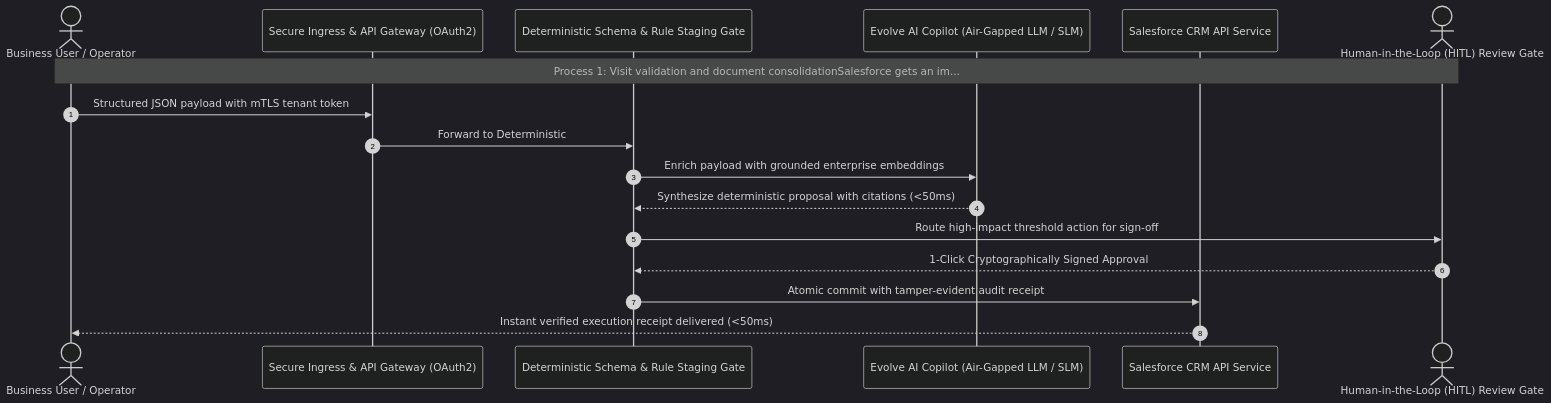
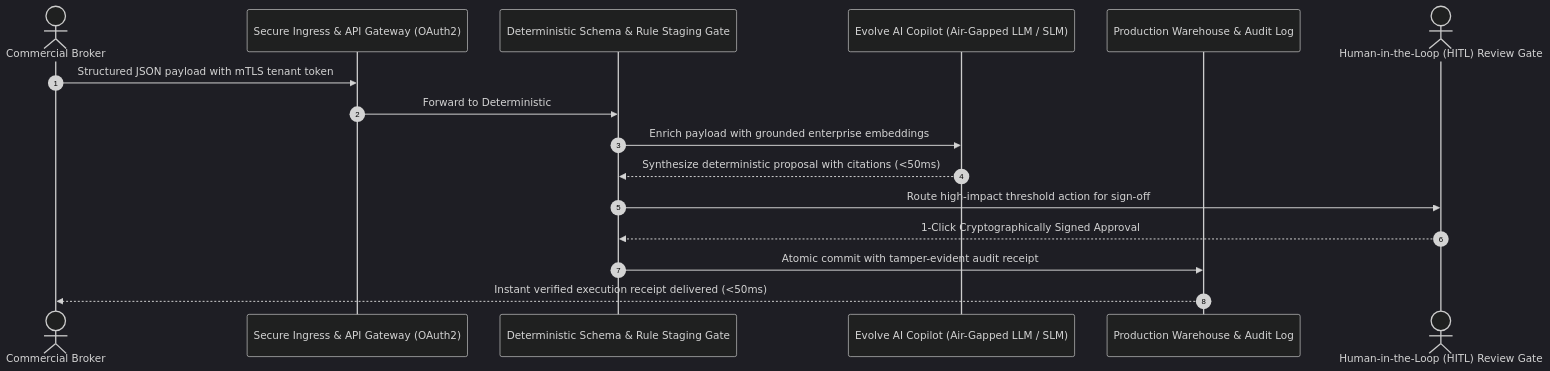
Before and after one commit to EvolveMinds/codeforge-ai-vscode: the diagram in docs/WORKFLOW_TOPOLOGY.md, drawn with Mermaid (dark theme). The commit also changed 4 other files, not shown here.

Commit message:
fix(c4): enable interactive node editing modal, fix pointer capture dragging, and synchronize C4 topology with execution sequence

````diff
--- a/docs/WORKFLOW_TOPOLOGY.md
+++ b/docs/WORKFLOW_TOPOLOGY.md
@@ -4,21 +4,19 @@
 ```mermaid
 sequenceDiagram
     autonumber
-    actor User as Business User / Operator
+    actor Broker as Commercial Broker
     participant Gateway as Secure Ingress & API Gateway (OAuth2)
     participant Staging as Deterministic Schema & Rule Staging Gate
     participant AI as Evolve AI Copilot (Air-Gapped LLM / SLM)
-    participant DB as Salesforce CRM API Service
+    participant DB as Production Warehouse & Audit Log
     actor Supervisor as Human-in-the-Loop (HITL) Review Gate
 
-    Note over User,Supervisor: Process 1: Visit validation and document consolidationSalesforce gets an im...
-
-    User->>Gateway: Structured JSON payload with mTLS tenant token
+    Broker->>Gateway: Structured JSON payload with mTLS tenant token
     Gateway->>Staging: Forward to Deterministic
     Staging->>AI: Enrich payload with grounded enterprise embeddings
     AI-->>Staging: Synthesize deterministic proposal with citations (<50ms)
     Staging->>Supervisor: Route high-impact threshold action for sign-off
     Supervisor-->>Staging: 1-Click Cryptographically Signed Approval
     Staging->>DB: Atomic commit with tamper-evident audit receipt
-    DB-->>User: Instant verified execution receipt delivered (<50ms)
+    DB-->>Broker: Instant verified execution receipt delivered (<50ms)
 ```
````
